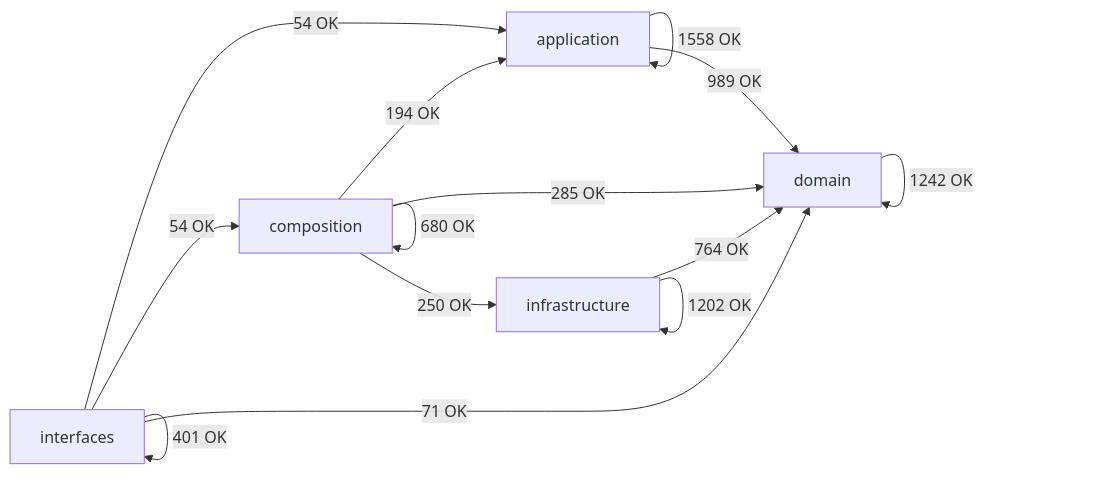
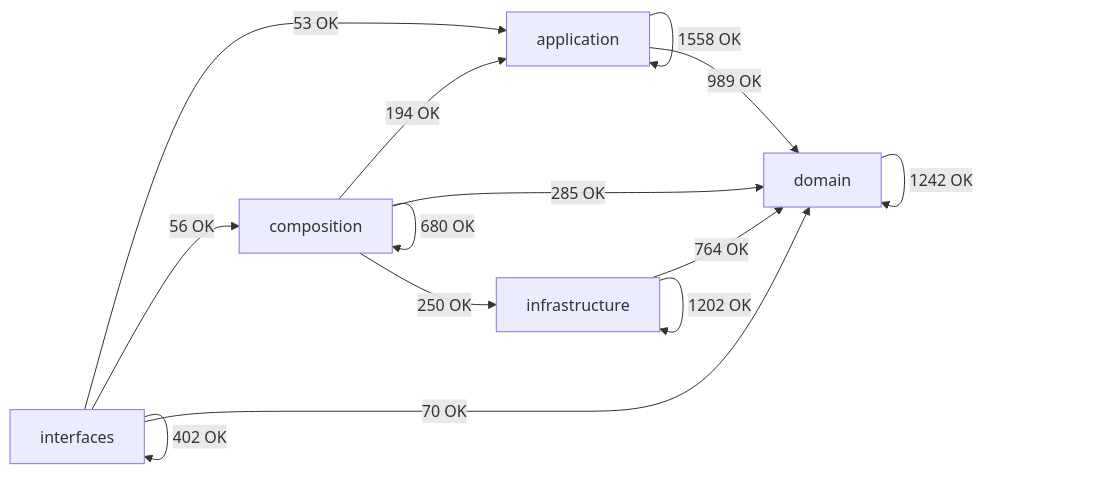
The diagram in docs/02-architecture/generated/module-dependency-map.md (SatoryKono/BioactivityDataAcquisition), drawn with Mermaid before and after one commit. The commit also changed other lines of this file and 49 other files, not shown here.

Commit message:
fix(architecture): complete residual closeout waves

````diff
--- a/docs/02-architecture/generated/module-dependency-map.md
+++ b/docs/02-architecture/generated/module-dependency-map.md
@@ -17,21 +17,21 @@
 ```mermaid
 flowchart LR
     domain[domain]
     application[application]
     infrastructure[infrastructure]
     composition[composition]
     interfaces[interfaces]
     application -->|1558 OK| application
     application -->|989 OK| domain
     composition -->|194 OK| application
     composition -->|680 OK| composition
     composition -->|285 OK| domain
     composition -->|250 OK| infrastructure
     domain -->|1242 OK| domain
     infrastructure -->|764 OK| domain
     infrastructure -->|1202 OK| infrastructure
-    interfaces -->|54 OK| application
-    interfaces -->|54 OK| composition
-    interfaces -->|71 OK| domain
-    interfaces -->|401 OK| interfaces
+    interfaces -->|53 OK| application
+    interfaces -->|56 OK| composition
+    interfaces -->|70 OK| domain
+    interfaces -->|402 OK| interfaces
 ```
````
